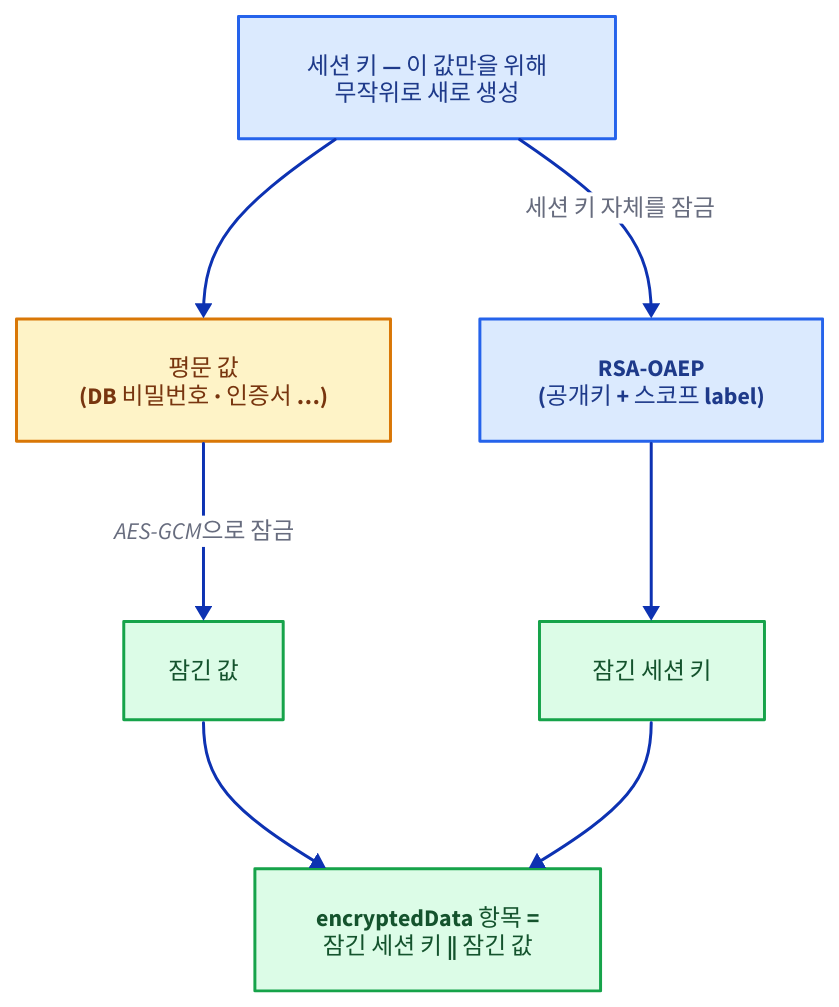
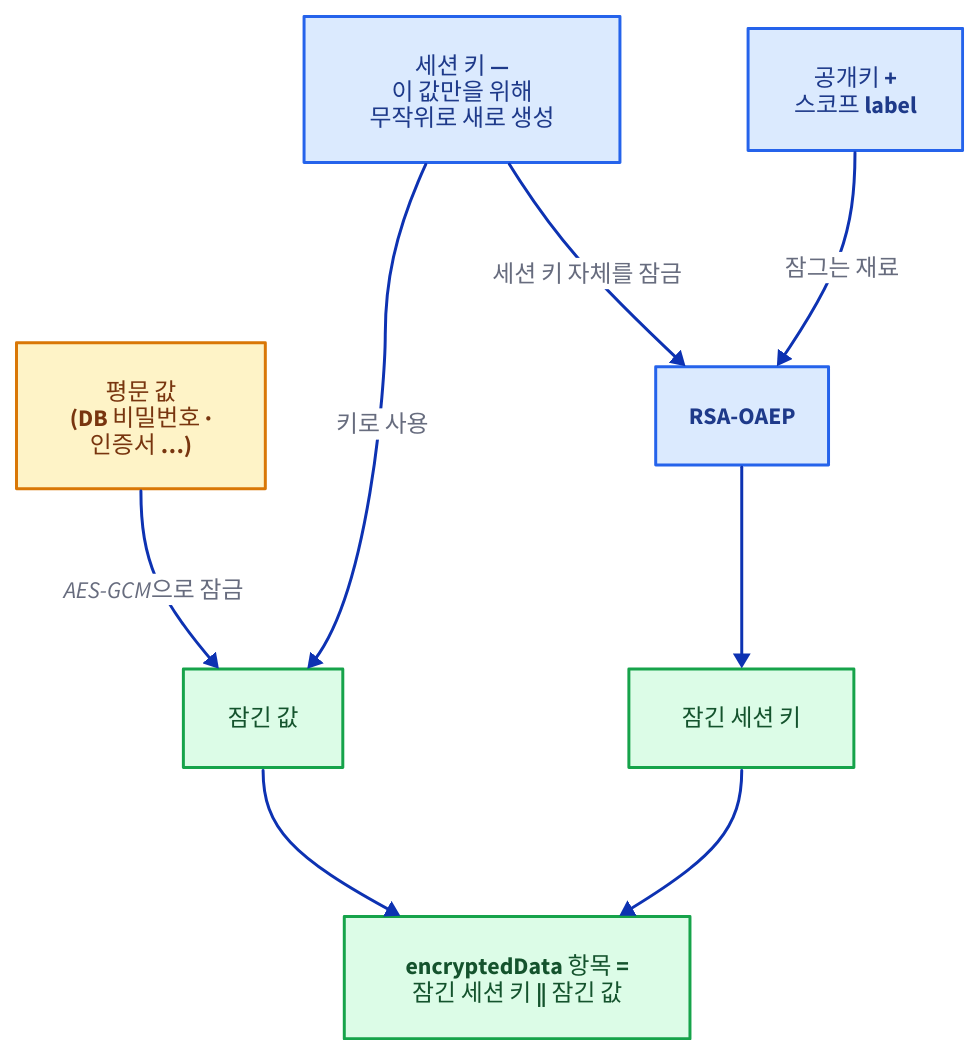
Before and after one commit to mechurak/study-starlight: the second of 2 diagrams in src/content/docs/onprem/sealed-secrets.mdx, drawn with D2. The commit also changed other lines of this file and 1 other file, not shown here.

First line of the commit message:
docs(onprem): tighten the Sealed Secrets page and fix its diagrams

````diff
--- a/src/content/docs/onprem/sealed-secrets.mdx
+++ b/src/content/docs/onprem/sealed-secrets.mdx
@@ -221,23 +221,25 @@
 ```d2 layout=elk pad=40 title="평문 값은 일회용 세션 키의 AES-GCM으로 잠그고 세션 키는 공개키와 스코프 label의 RSA-OAEP로 잠가서, 두 암호문을 이어 붙인 것이 encryptedData 항목 하나가 되는 구조"
 direction: down
 
 classes: {
   key: { style: { fill: "#dbeafe"; stroke: "#2563eb"; font-color: "#1e3a8a" } }
   warn: { style: { fill: "#fef3c7"; stroke: "#d97706"; font-color: "#78350f" } }
   fine: { style: { fill: "#dcfce7"; stroke: "#16a34a"; font-color: "#14532d" } }
 }
 
-val: "평문 값\n(DB 비밀번호 · 인증서 …)" { class: warn }
-sk: "세션 키 — 이 값만을 위해\n무작위로 새로 생성" { class: key }
-rsa: "RSA-OAEP\n(공개키 + 스코프 label)" { class: key }
+val: "평문 값\n(DB 비밀번호 ·\n인증서 …)" { class: warn }
+sk: "세션 키 —\n이 값만을 위해\n무작위로 새로 생성" { class: key }
+pub: "공개키 +\n스코프 label" { class: key }
+rsa: RSA-OAEP { class: key }
 c1: 잠긴 값 { class: fine }
 c2: 잠긴 세션 키 { class: fine }
 out: "encryptedData 항목 =\n잠긴 세션 키 ‖ 잠긴 값" { class: fine }
 
-sk -> val
 val -> c1: AES-GCM으로 잠금
+sk -> c1: 키로 사용
 sk -> rsa: 세션 키 자체를 잠금
+pub -> rsa: 잠그는 재료
 rsa -> c2
 c1 -> out
 c2 -> out
 ```
````
